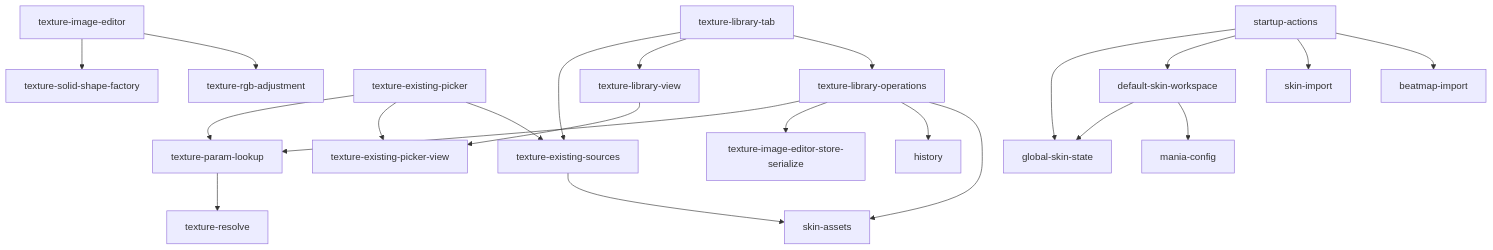
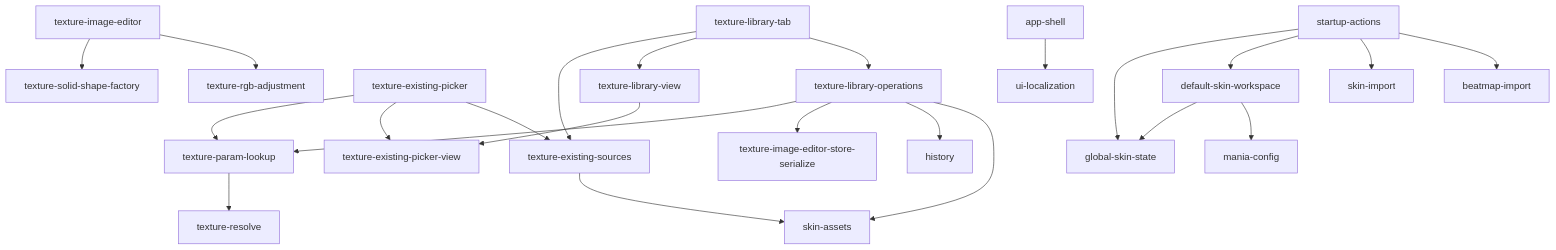
Before and after one commit to BJZM/osu-mania-skin-editor: the diagram in docs/modules/MODULE-MAP.md, drawn with Mermaid. The commit also changed other lines of this file and 26 other files, not shown here.

````diff
--- a/docs/modules/MODULE-MAP.md
+++ b/docs/modules/MODULE-MAP.md
@@ -24,24 +25,25 @@
 ```mermaid
 graph TD
   editor[texture-image-editor] --> rgb[texture-rgb-adjustment]
   editor --> shape[texture-solid-shape-factory]
   existingPicker[texture-existing-picker] --> existingSources[texture-existing-sources]
   existingPicker --> existingPickerView[texture-existing-picker-view]
   existingPicker --> paramLookup[texture-param-lookup]
   libraryTab[texture-library-tab] --> libraryOps[texture-library-operations]
   libraryTab --> libraryView[texture-library-view]
   libraryTab --> existingSources
   libraryView --> existingPickerView
   libraryOps --> skinAssets
   libraryOps --> history
   libraryOps --> serialize[texture-image-editor-store-serialize]
   libraryOps --> paramLookup
   existingSources --> skinAssets[skin-assets]
   paramLookup --> textureResolve[texture-resolve]
   defaultWorkspace[default-skin-workspace] --> maniaConfig[mania-config]
   defaultWorkspace --> skinState[global-skin-state]
   startup[startup-actions] --> beatmapImport[beatmap-import]
   startup --> skinImport[skin-import]
   startup --> defaultWorkspace
   startup --> skinState
+  shell[app-shell] --> localization[ui-localization]
 ```
````
